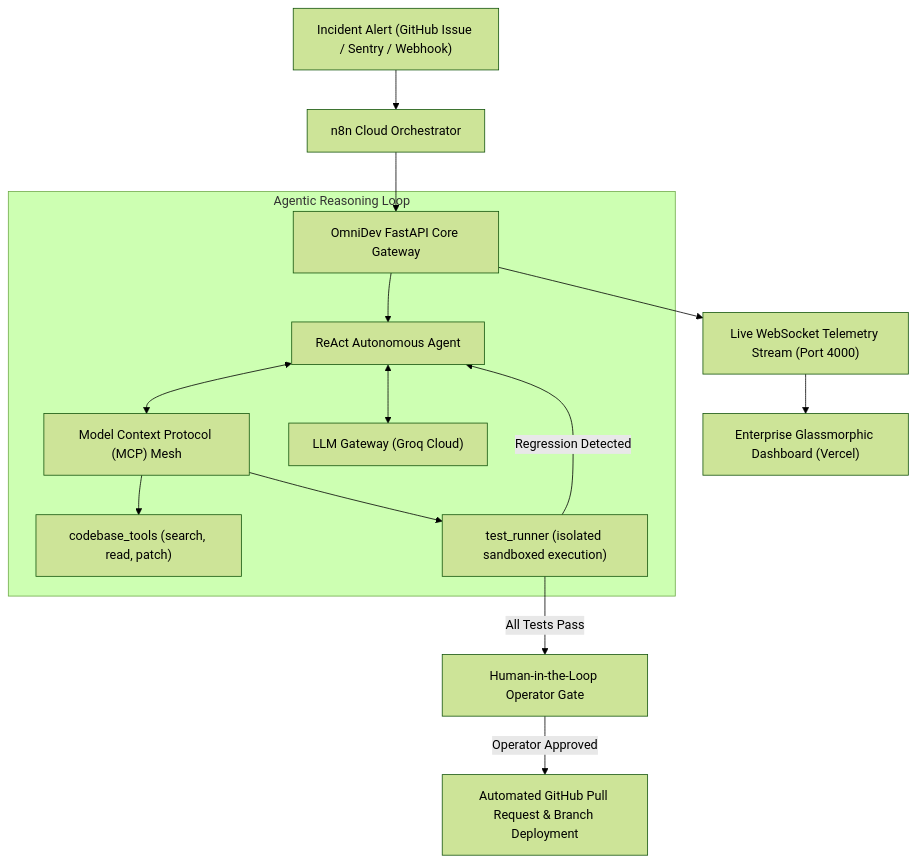
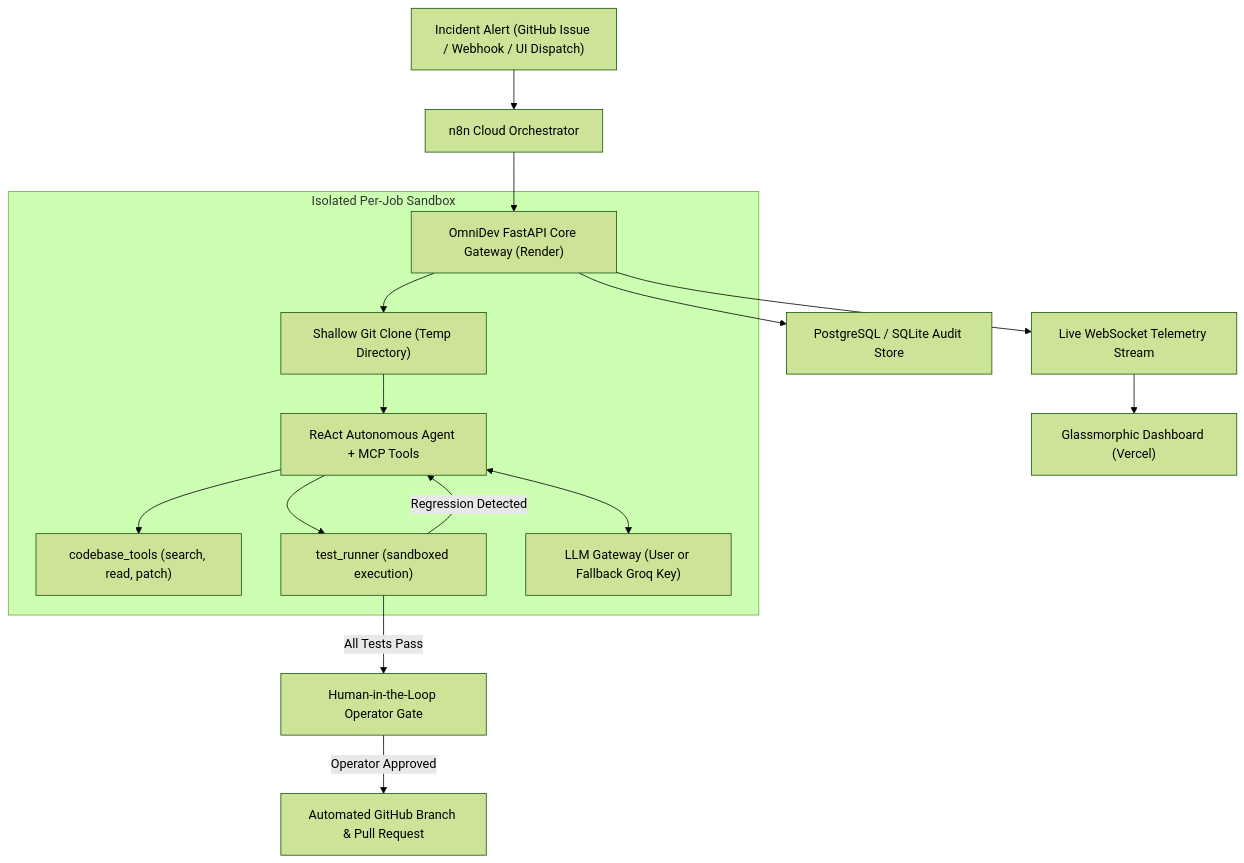
Before and after one commit to ruthwikreddy07/OmniDev: the diagram in README.md, drawn with Mermaid (forest theme). The commit also changed other lines of this file and 2 other files, not shown here.

Commit message:
add Groq key to onboarding modal, post-signup setup prompt, and update README for Architecture B + PostgreSQL

````diff
--- a/README.md
+++ b/README.md
@@ -14,20 +14,21 @@
 ```mermaid
 flowchart TD
-    A["Incident Alert (GitHub Issue / Sentry / Webhook)"] --> B["n8n Cloud Orchestrator"]
-    B --> C["OmniDev FastAPI Core Gateway"]
+    A["Incident Alert (GitHub Issue / Webhook / UI Dispatch)"] --> B["n8n Cloud Orchestrator"]
+    B --> C["OmniDev FastAPI Core Gateway (Render)"]
     
-    subgraph Agentic Reasoning Loop
-        C --> D["ReAct Autonomous Agent"]
-        D <--> E["Model Context Protocol (MCP) Mesh"]
+    subgraph Isolated Per-Job Sandbox
+        C --> D["Shallow Git Clone (Temp Directory)"]
+        D --> E["ReAct Autonomous Agent + MCP Tools"]
         E --> F["codebase_tools (search, read, patch)"]
-        E --> G["test_runner (isolated sandboxed execution)"]
-        D <--> H["LLM Gateway (Groq Cloud)"]
+        E --> G["test_runner (sandboxed execution)"]
+        E <--> H["LLM Gateway (User or Fallback Groq Key)"]
     end
     
-    G -->|"Regression Detected"| D
+    G -->|"Regression Detected"| E
     G -->|"All Tests Pass"| I["Human-in-the-Loop Operator Gate"]
-    I -->|"Operator Approved"| J["Automated GitHub Pull Request & Branch Deployment"]
+    I -->|"Operator Approved"| J["Automated GitHub Branch & Pull Request"]
     
-    C --> K["Live WebSocket Telemetry Stream (Port 4000)"]
-    K --> L["Enterprise Glassmorphic Dashboard (Vercel)"]
+    C --> K["PostgreSQL / SQLite Audit Store"]
+    C --> L["Live WebSocket Telemetry Stream"]
+    L --> M["Glassmorphic Dashboard (Vercel)"]
 ```
````
